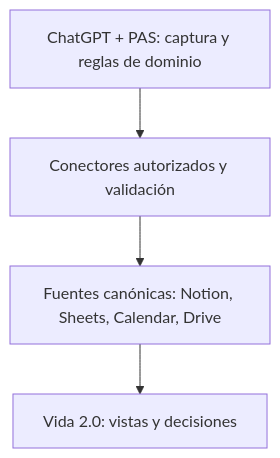
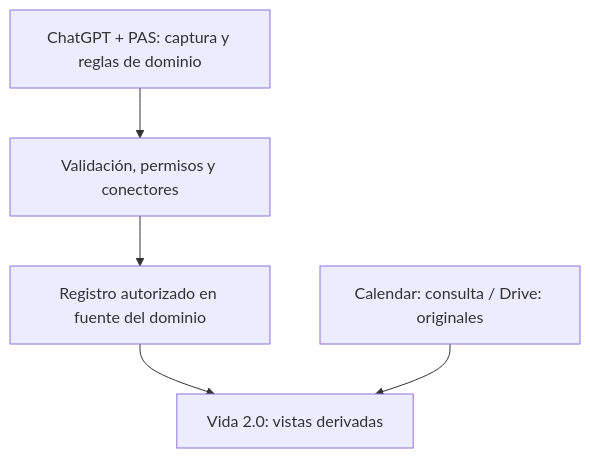
The diagram in docs/CASE_STUDY.md (franciscovitar/vida-2-0-demo), drawn with Mermaid before and after one commit. The commit also changed other lines of this file and 2 other files, not shown here.

Commit message:
docs: align public showcases with original systems

````diff
--- a/docs/CASE_STUDY.md
+++ b/docs/CASE_STUDY.md
@@ -15,6 +15,7 @@
 ```mermaid
 flowchart TD
-  A["ChatGPT + PAS: captura y reglas de dominio"] --> B["Conectores autorizados y validación"]
-  B --> C["Fuentes canónicas: Notion, Sheets, Calendar, Drive"]
-  C --> D["Vida 2.0: vistas y decisiones"]
+  A["ChatGPT + PAS: captura y reglas de dominio"] --> B["Validación, permisos y conectores"]
+  B --> C["Registro autorizado en fuente del dominio"]
+  C --> D["Vida 2.0: vistas derivadas"]
+  E["Calendar: consulta / Drive: originales"] --> D
 ```
````
